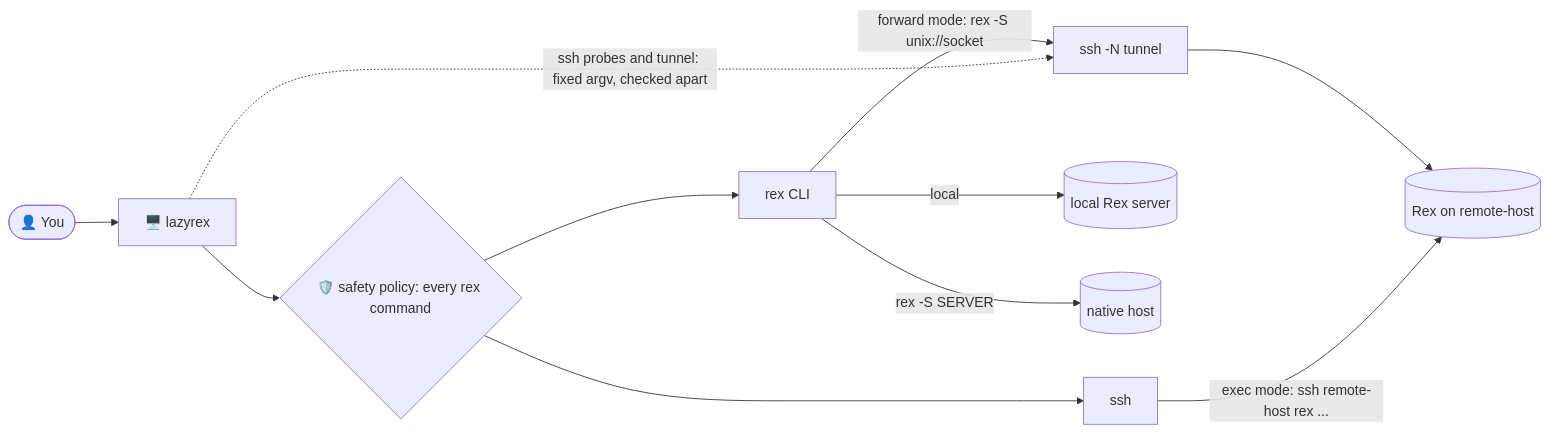
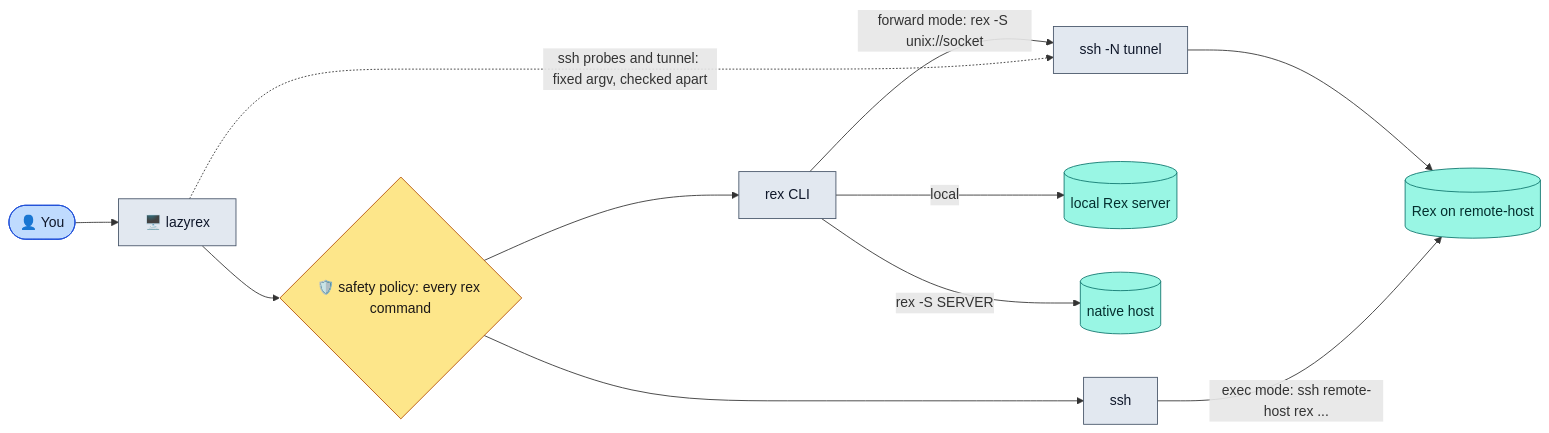
The diagram in README.md (rbobillot/lazyrex), drawn with Mermaid before and after one commit. The commit also changed 11 other files, not shown here.

Commit message:
docs: color the mermaid diagrams

````diff
--- a/README.md
+++ b/README.md
@@ -9,13 +9,24 @@
 ```mermaid
 flowchart LR
     you(["👤 You"]) --> lazyrex["🖥️ lazyrex"]
     lazyrex --> policy{"🛡️ safety policy: every rex command"}
     policy --> cli["rex CLI"]
     policy --> sshexec["ssh"]
     cli -->|"local"| localsrv[("local Rex server")]
     cli -->|"rex -S SERVER"| native[("native host")]
     cli -->|"forward mode: rex -S unix://socket"| tunnel["ssh -N tunnel"]
     tunnel --> remote[("Rex on remote-host")]
     sshexec -->|"exec mode: ssh remote-host rex ..."| remote
     lazyrex -.->|"ssh probes and tunnel: fixed argv, checked apart"| tunnel
+    classDef entry fill:#bfdbfe,stroke:#1d4ed8,color:#0f172a
+    classDef step fill:#e2e8f0,stroke:#475569,color:#0f172a
+    classDef decision fill:#fde68a,stroke:#b45309,color:#1c1917
+    classDef caution fill:#fed7aa,stroke:#c2410c,color:#1c1917
+    classDef success fill:#bbf7d0,stroke:#15803d,color:#052e16
+    classDef failure fill:#fecaca,stroke:#b91c1c,color:#450a0a
+    classDef rexside fill:#99f6e4,stroke:#0f766e,color:#042f2e
+    class you entry
+    class lazyrex,cli,sshexec,tunnel step
+    class policy decision
+    class localsrv,native,remote rexside
 ```
````
